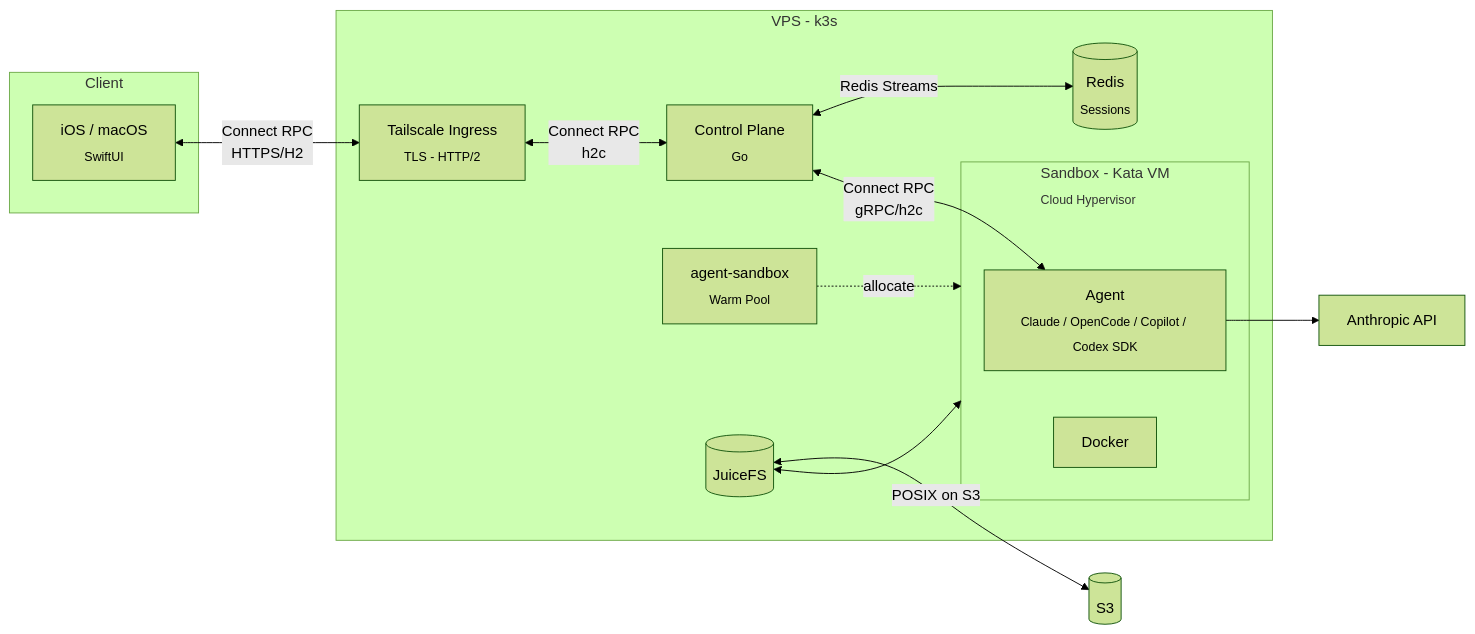
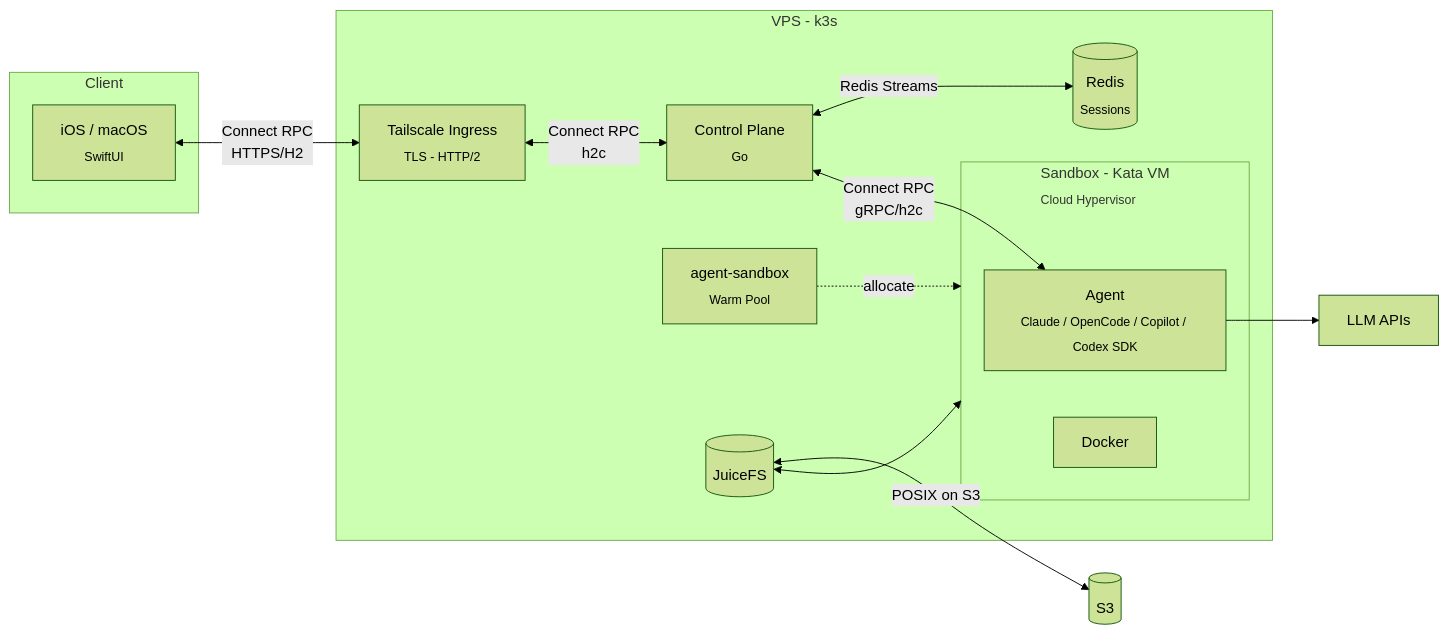
The diagram in README.md (evertonstz/netclodinho), drawn with Mermaid (forest theme) before and after one commit. The commit also changed other lines of this file, not shown here.

````diff
--- a/README.md
+++ b/README.md
@@ -28,31 +31,31 @@
 ```mermaid
 flowchart LR
     subgraph CLIENT["Client"]
         APP["iOS / macOS<br/><sub>SwiftUI</sub>"]
     end
 
     subgraph VPS["VPS - k3s"]
         TS["Tailscale Ingress<br/><sub>TLS - HTTP/2</sub>"]
         CP["Control Plane<br/><sub>Go</sub>"]
         REDIS[("Redis<br/><sub>Sessions</sub>")]
         POOL["agent-sandbox<br/><sub>Warm Pool</sub>"]
         JFS[("JuiceFS")]
 
         subgraph SANDBOX["Sandbox - Kata VM<br/><sub>Cloud Hypervisor</sub>"]
             AGENT["Agent<br/><sub>Claude / OpenCode / Copilot / Codex SDK</sub>"]
             DOCKER["Docker"]
         end
     end
 
     S3[("S3")]
-    ANTHROPIC["Anthropic API"]
+    LLM["LLM APIs"]
 
     APP <-->|"Connect RPC<br/>HTTPS/H2"| TS
     TS <-->|"Connect RPC<br/>h2c"| CP
     CP <-->|"Redis Streams"| REDIS
     CP <-->|"Connect RPC<br/>gRPC/h2c"| AGENT
     POOL -.->|"allocate"| SANDBOX
     JFS <--> SANDBOX
     JFS <-->|"POSIX on S3"| S3
-    AGENT --> ANTHROPIC
+    AGENT --> LLM
 ```
````
